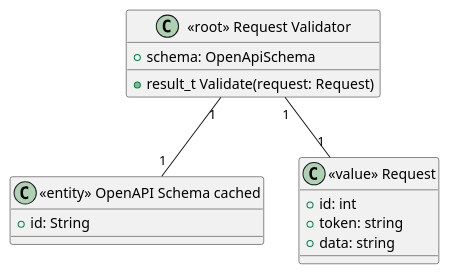
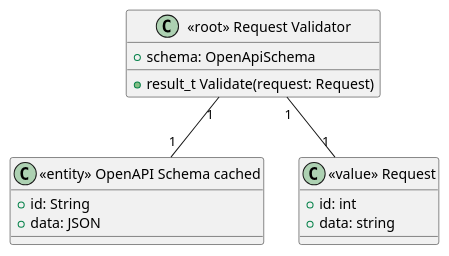
Before and after one commit to fanglores/Advanced-Software-Design: the diagram in PracticeTasks/Module2/Task_9/task9_reqvalidator.puml, drawn with PlantUML. The commit also changed 5 other files, not shown here.

```diff
--- a/PracticeTasks/Module2/Task_9/task9_reqvalidator.puml
+++ b/PracticeTasks/Module2/Task_9/task9_reqvalidator.puml
@@ -1,21 +1,21 @@
 @startuml
 
 class "<<root>> Request Validator" as validator {
   +schema: OpenApiSchema
   +result_t Validate(request: Request)
 }
 
 class "<<entity>> OpenAPI Schema cached" as apischema {
   +id: String
+  +data: JSON
 }
 
 class "<<value>> Request" as request {
   +id: int
-  +token: string
   +data: string
 }
 
 validator "1" -- "1" apischema
 validator "1" -- "1" request
 
 @enduml
```
